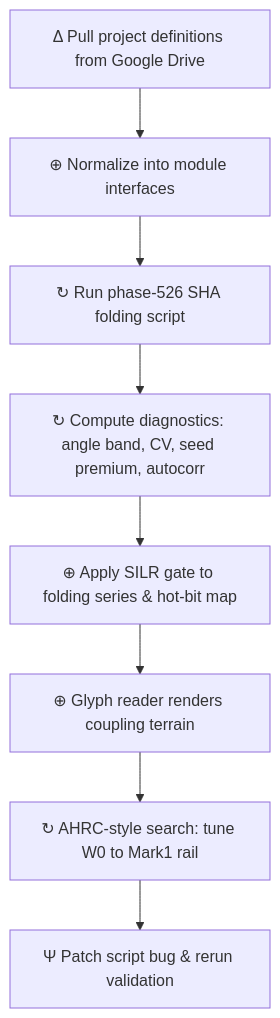
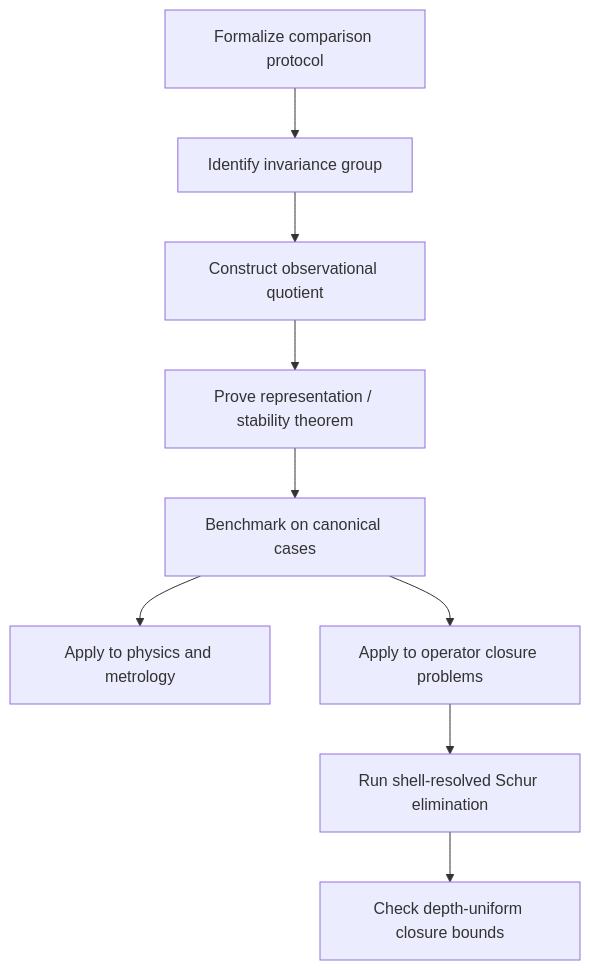
One commit to QuHarmonics/The-Nexus-Harmonic-Reality changed the second of 2 diagrams in Newest MD Files/deep-research-report (1).md. Above: the diagram before and after it, drawn with Mermaid. The commit also changed other lines of this file, not shown here.

````diff
--- a/Newest MD Files/deep-research-report (1).md
+++ b/Newest MD Files/deep-research-report (1).md
@@ -35,10 +205,11 @@
 ```mermaid
 flowchart TD
-  A[Δ Pull project definitions from Google Drive] --> B[⊕ Normalize into module interfaces]
-  B --> C[↻ Run phase-526 SHA folding script]
-  C --> D[↻ Compute diagnostics: angle band, CV, seed premium, autocorr]
-  D --> E[⊕ Apply SILR gate to folding series & hot-bit map]
-  E --> F[⊕ Glyph reader renders coupling terrain]
-  F --> G[↻ AHRC-style search: tune W0 to Mark1 rail]
-  G --> H[Ψ Patch script bug & rerun validation]
+    A[Formalize comparison protocol] --> B[Identify invariance group]
+    B --> C[Construct observational quotient]
+    C --> D[Prove representation / stability theorem]
+    D --> E[Benchmark on canonical cases]
+    E --> F[Apply to physics and metrology]
+    E --> G[Apply to operator closure problems]
+    G --> H[Run shell-resolved Schur elimination]
+    H --> I[Check depth-uniform closure bounds]
 ```
````
